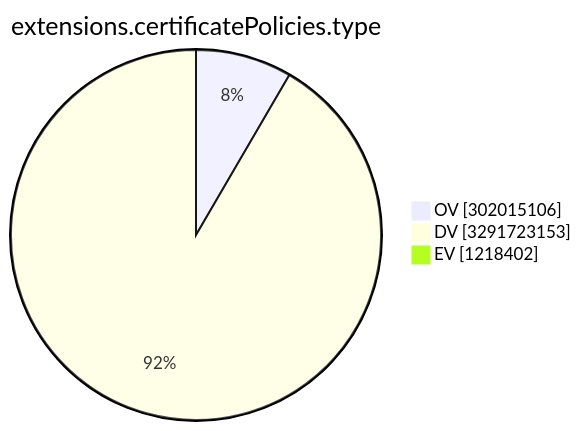
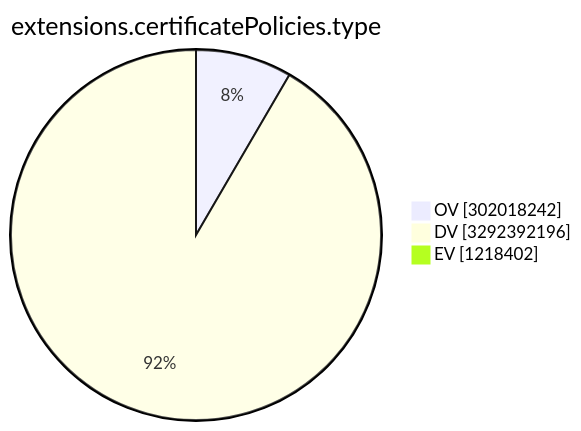
The ninth of 15 diagrams in TOTAL/README.md (christiankrug/ctmonitor_visualization), drawn with Mermaid before and after one commit. The commit also changed other lines of this file, not shown here.

````diff
--- a/TOTAL/README.md
+++ b/TOTAL/README.md
@@ -3107,7 +3107,7 @@
 ```mermaid
 pie showData
 title extensions.certificatePolicies.type
-"OV" :302015106
-"DV" :3291723153
+"OV" :302018242
+"DV" :3292392196
 "EV" :1218402
 ```
````
